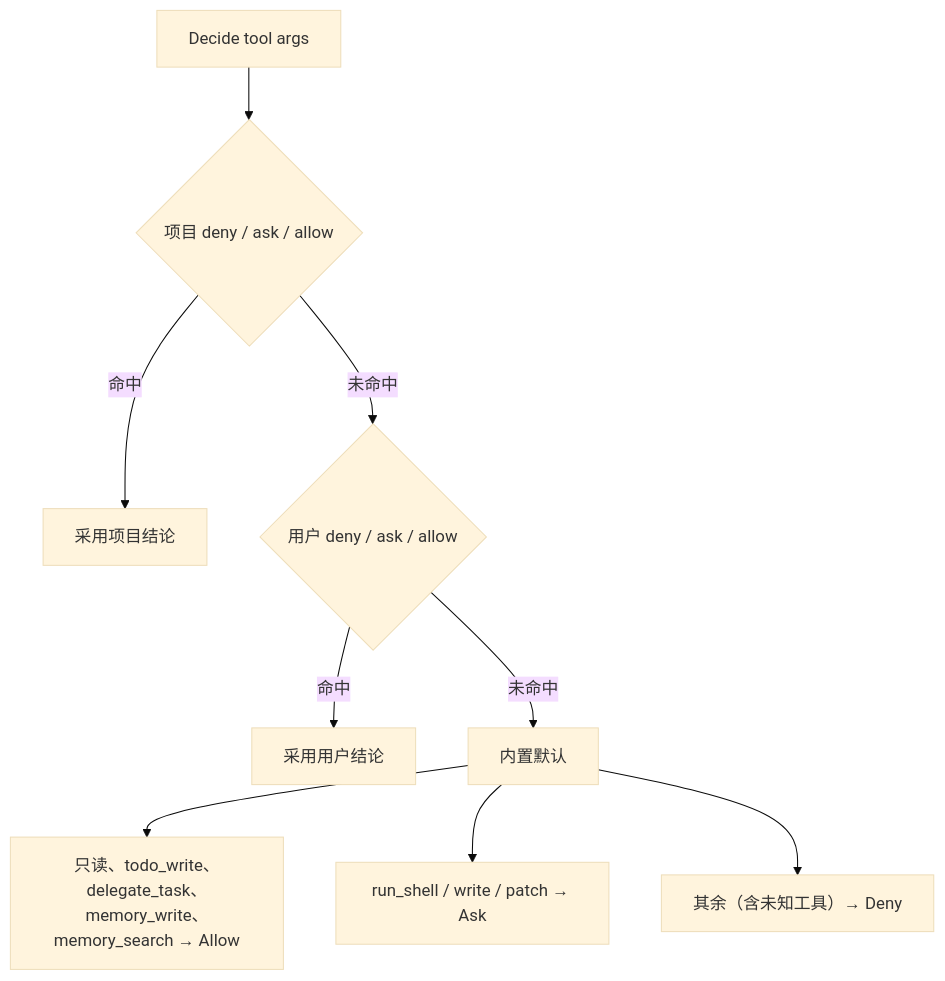
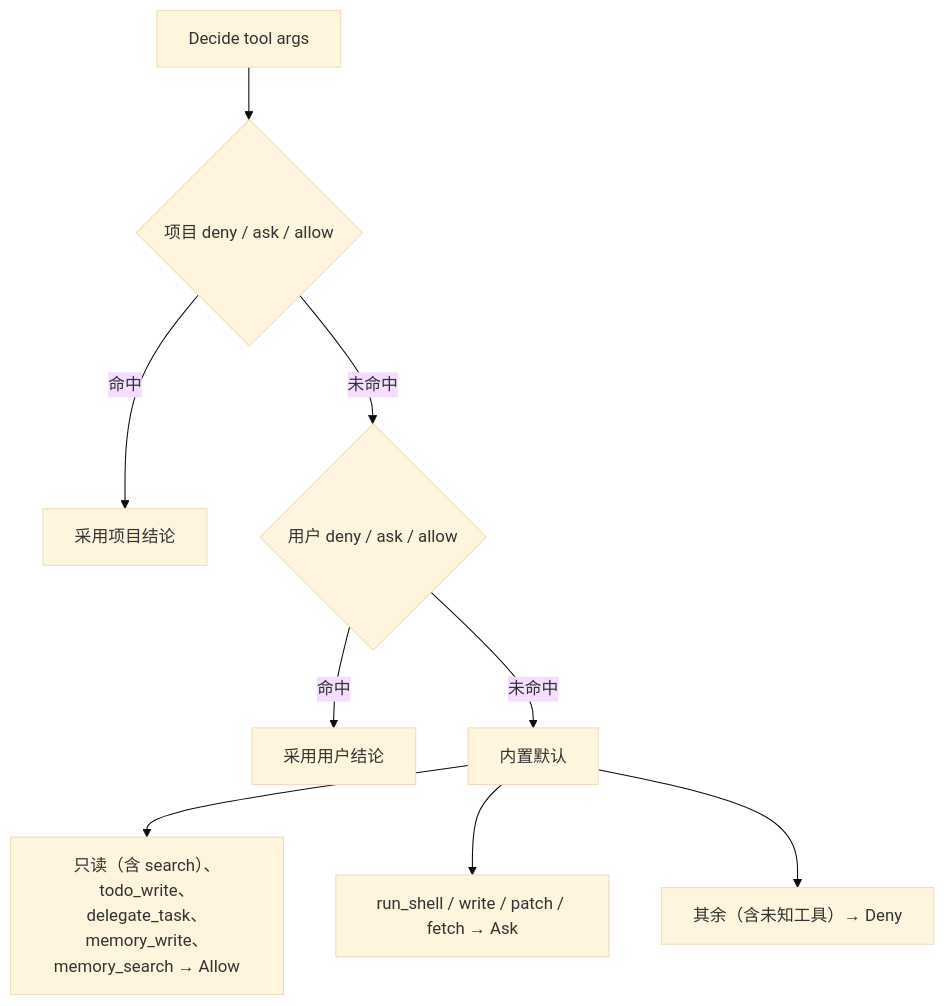
The diagram in docs/permission/功能逻辑.md (xgk1906806hjy/Hi-Agent), drawn with Mermaid (base theme) before and after one commit. The commit also changed other lines of this file and 15 other files, not shown here.

Commit message:
feat: add search and fetch tools for day 12

````diff
--- a/docs/permission/功能逻辑.md
+++ b/docs/permission/功能逻辑.md
@@ -34,11 +34,11 @@
 ```mermaid
 flowchart TD
   A[Decide tool args] --> P{项目 deny / ask / allow}
   P -->|命中| R[采用项目结论]
   P -->|未命中| U{用户 deny / ask / allow}
   U -->|命中| S[采用用户结论]
   U -->|未命中| F[内置默认]
-  F --> G["只读、todo_write、delegate_task、memory_write、memory_search → Allow"]
-  F --> H["run_shell / write / patch → Ask"]
+  F --> G["只读（含 search）、todo_write、delegate_task、memory_write、memory_search → Allow"]
+  F --> H["run_shell / write / patch / fetch → Ask"]
   F --> I["其余（含未知工具）→ Deny"]
 ```
````
